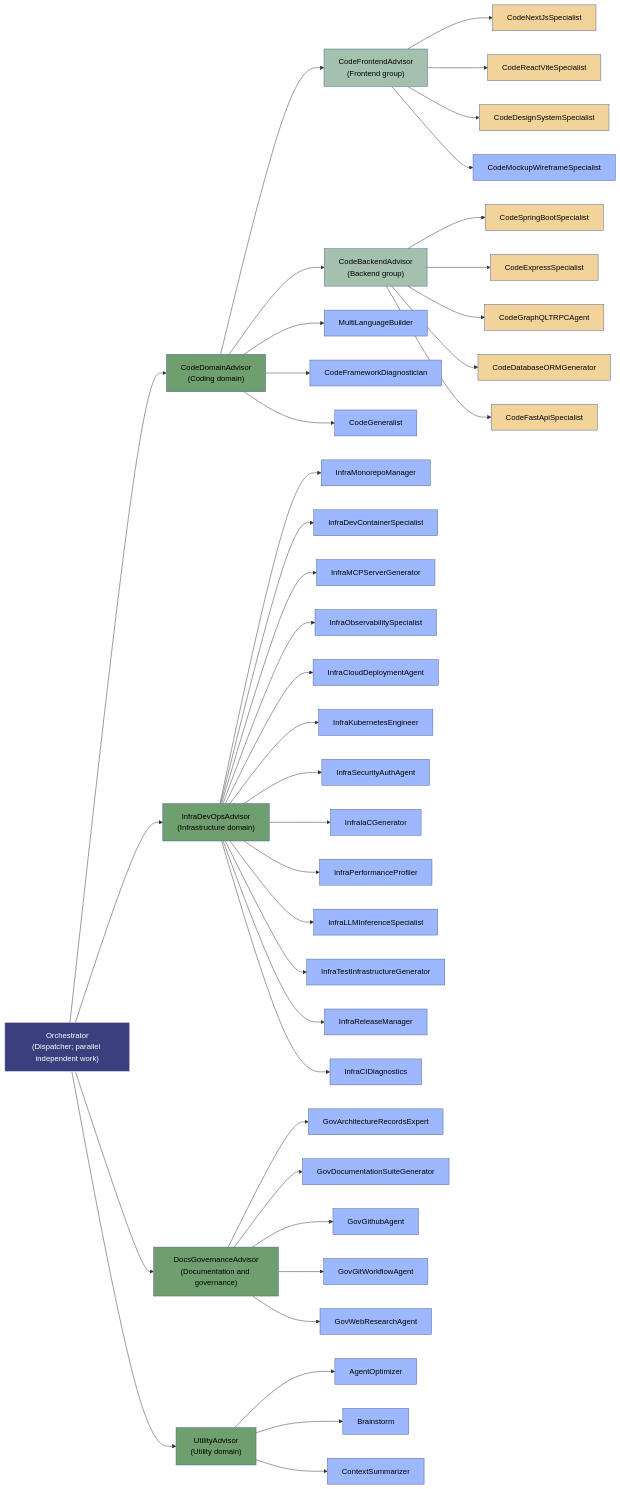
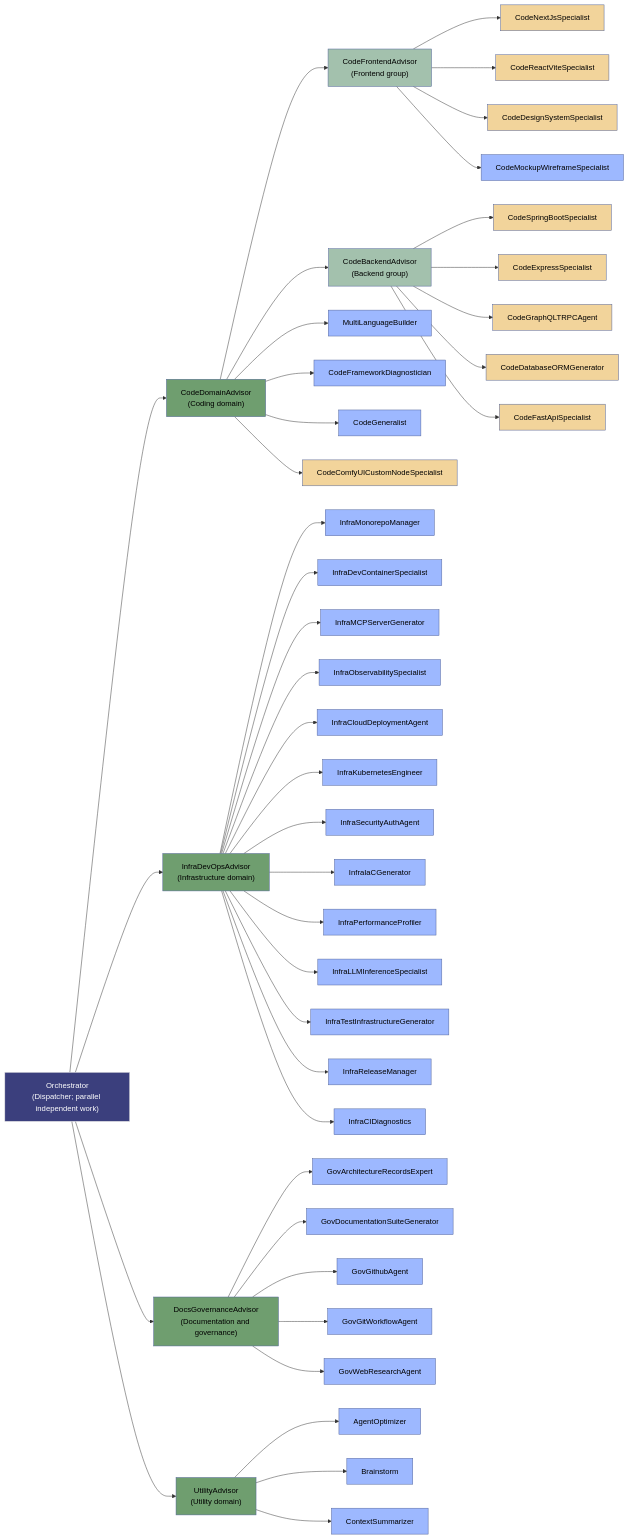
One commit to UtopikPrompt/agents changed the second of 2 diagrams in README.md. Above: the diagram before and after it, drawn with Mermaid. The commit also changed other lines of this file and 5 other files, not shown here.

Commit message:
feat: Introduce CodeComfyUICustomNodeSpecialist agent for ComfyUI custom node development, enhance routing and validation in Orchestrator, and update README for clarity

````diff
--- a/README.md
+++ b/README.md
@@ -92,61 +92,63 @@
 ```mermaid
 flowchart LR
     O["Orchestrator<br/>(Dispatcher; parallel independent work)"]
     O --> CodeDomainAdvisor["CodeDomainAdvisor<br/>(Coding domain)"]
     O --> InfraDevOpsAdvisor["InfraDevOpsAdvisor<br/>(Infrastructure domain)"]
     O --> DocsGovernanceAdvisor["DocsGovernanceAdvisor<br/>(Documentation and governance)"]
     O --> UtilityAdvisor["UtilityAdvisor<br/>(Utility domain)"]
     CodeDomainAdvisor --> CodeFrontendAdvisor["CodeFrontendAdvisor<br/>(Frontend group)"]
     CodeDomainAdvisor --> CodeBackendAdvisor["CodeBackendAdvisor<br/>(Backend group)"]
     CodeDomainAdvisor --> MultiLanguageBuilder["MultiLanguageBuilder"]
     CodeDomainAdvisor --> CodeFrameworkDiagnostician["CodeFrameworkDiagnostician"]
     CodeDomainAdvisor --> CodeGeneralist["CodeGeneralist"]
+    CodeDomainAdvisor --> CodeComfyUICustomNodeSpecialist["CodeComfyUICustomNodeSpecialist"]
 
     CodeFrontendAdvisor --> CodeNextJsSpecialist["CodeNextJsSpecialist"]
     CodeFrontendAdvisor --> CodeReactViteSpecialist["CodeReactViteSpecialist"]
     CodeFrontendAdvisor --> CodeDesignSystemSpecialist["CodeDesignSystemSpecialist"]
     CodeFrontendAdvisor --> CodeMockupWireframeSpecialist["CodeMockupWireframeSpecialist"]
 
     CodeBackendAdvisor --> CodeSpringBootSpecialist["CodeSpringBootSpecialist"]
     CodeBackendAdvisor --> CodeExpressSpecialist["CodeExpressSpecialist"]
     CodeBackendAdvisor --> CodeGraphQLTRPCAgent["CodeGraphQLTRPCAgent"]
     CodeBackendAdvisor --> CodeDatabaseORMGenerator["CodeDatabaseORMGenerator"]
     CodeBackendAdvisor --> CodeFastApiSpecialist["CodeFastApiSpecialist"]
 
     InfraDevOpsAdvisor --> InfraMonorepoManager["InfraMonorepoManager"]
     InfraDevOpsAdvisor --> InfraDevContainerSpecialist["InfraDevContainerSpecialist"]
     InfraDevOpsAdvisor --> InfraMCPServerGenerator["InfraMCPServerGenerator"]
     InfraDevOpsAdvisor --> InfraObservabilitySpecialist["InfraObservabilitySpecialist"]
     InfraDevOpsAdvisor --> InfraCloudDeploymentAgent["InfraCloudDeploymentAgent"]
     InfraDevOpsAdvisor --> InfraKubernetesEngineer["InfraKubernetesEngineer"]
     InfraDevOpsAdvisor --> InfraSecurityAuthAgent["InfraSecurityAuthAgent"]
     InfraDevOpsAdvisor --> InfraIaCGenerator["InfraIaCGenerator"]
     InfraDevOpsAdvisor --> InfraPerformanceProfiler["InfraPerformanceProfiler"]
     InfraDevOpsAdvisor --> InfraLLMInferenceSpecialist["InfraLLMInferenceSpecialist"]
     InfraDevOpsAdvisor --> InfraTestInfrastructureGenerator["InfraTestInfrastructureGenerator"]
     InfraDevOpsAdvisor --> InfraReleaseManager["InfraReleaseManager"]
     InfraDevOpsAdvisor --> InfraCIDiagnostics["InfraCIDiagnostics"]
 
     DocsGovernanceAdvisor --> GovArchitectureRecordsExpert["GovArchitectureRecordsExpert"]
     DocsGovernanceAdvisor --> GovDocumentationSuiteGenerator["GovDocumentationSuiteGenerator"]
     DocsGovernanceAdvisor --> GovGithubAgent["GovGithubAgent"]
     DocsGovernanceAdvisor --> GovGitWorkflowAgent["GovGitWorkflowAgent"]
     DocsGovernanceAdvisor --> GovWebResearchAgent["GovWebResearchAgent"]
 
     UtilityAdvisor --> AgentOptimizer["AgentOptimizer"]
     UtilityAdvisor --> Brainstorm["Brainstorm"]
     UtilityAdvisor --> ContextSummarizer["ContextSummarizer"]
 
     classDef hub fill:#3b3f7d,stroke:#e0e0e0,color:#fff;
     classDef domainAdvisor fill:#6f9e6f,stroke:#516399,color:#000;
     classDef subdomainAdvisor fill:#a3c1ad,stroke:#516399,color:#000;
     classDef worker fill:#9db8ff,stroke:#516399,color:#000;
     classDef frameworkWorker fill:#f2d49b,stroke:#516399,color:#000;
     
     class O hub;
     class CodeDomainAdvisor,InfraDevOpsAdvisor,DocsGovernanceAdvisor,UtilityAdvisor domainAdvisor;
     class CodeFrontendAdvisor,CodeBackendAdvisor subdomainAdvisor;
     class CodeNextJsSpecialist,CodeReactViteSpecialist,CodeGraphQLTRPCAgent,CodeFastApiSpecialist,CodeExpressSpecialist,CodeSpringBootSpecialist,CodeDatabaseORMGenerator,CodeDesignSystemSpecialist frameworkWorker;
     class CodeMockupWireframeSpecialist worker;
+    class CodeComfyUICustomNodeSpecialist frameworkWorker;
     class AgentOptimizer,Brainstorm,ContextSummarizer,CodeGeneralist,CodeFrameworkDiagnostician,MultiLanguageBuilder,InfraObservabilitySpecialist,InfraMonorepoManager,InfraDevContainerSpecialist,InfraMCPServerGenerator,InfraCloudDeploymentAgent,InfraKubernetesEngineer,InfraSecurityAuthAgent,InfraIaCGenerator,InfraPerformanceProfiler,InfraLLMInferenceSpecialist,InfraTestInfrastructureGenerator,InfraReleaseManager,InfraCIDiagnostics,GovArchitectureRecordsExpert,GovDocumentationSuiteGenerator,GovGithubAgent,GovGitWorkflowAgent,GovWebResearchAgent worker;
 ```
````
